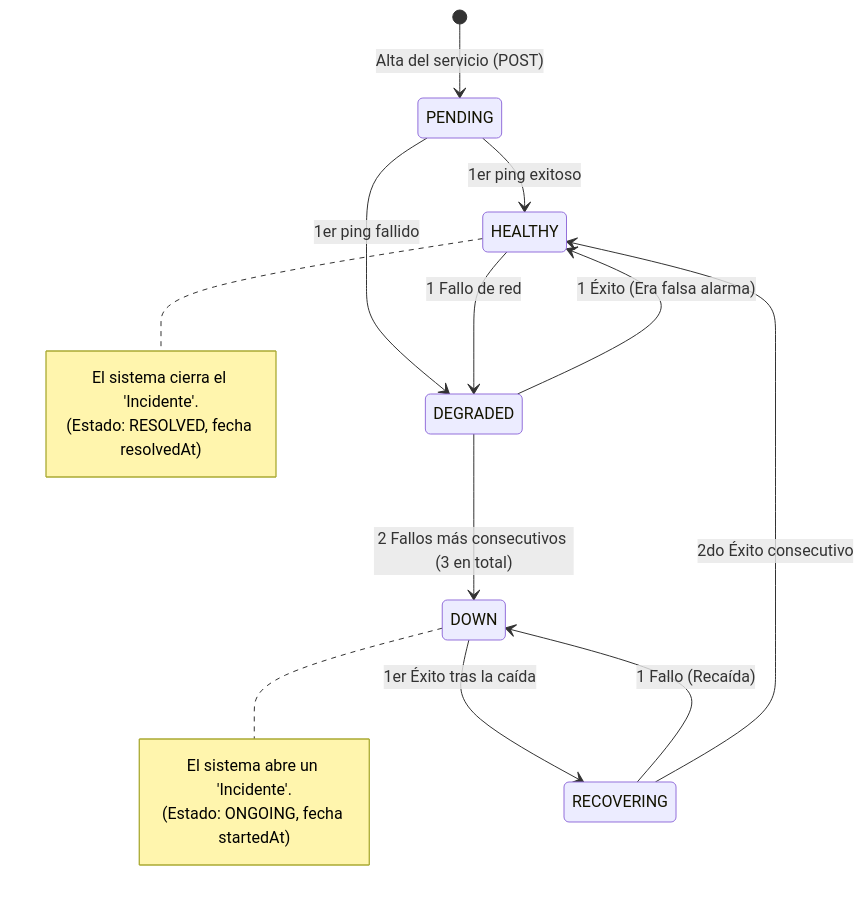
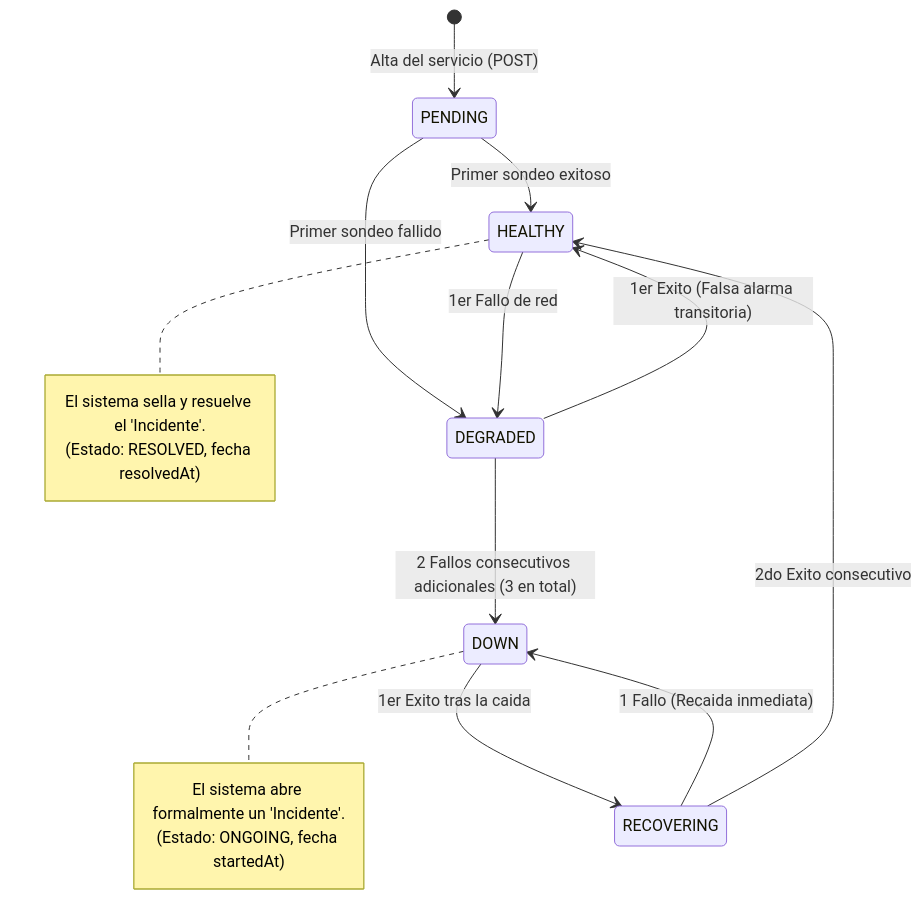
One commit to Marcosdaag/deploy-ops changed the second of 2 diagrams in docs/DOMAIN_AND_RULES.md. Above: the diagram before and after it, drawn with Mermaid. The commit also changed other lines of this file and 4 other files, not shown here.

````diff
--- a/docs/DOMAIN_AND_RULES.md
+++ b/docs/DOMAIN_AND_RULES.md
@@ -46,25 +70,25 @@
 ```mermaid
 stateDiagram-v2
     [*] --> PENDING : Alta del servicio (POST)
 
-    PENDING --> HEALTHY : 1er ping exitoso
-    PENDING --> DEGRADED : 1er ping fallido
+    PENDING --> HEALTHY : Primer sondeo exitoso
+    PENDING --> DEGRADED : Primer sondeo fallido
 
-    HEALTHY --> DEGRADED : 1 Fallo de red
-    DEGRADED --> HEALTHY : 1 Éxito (Era falsa alarma)
+    HEALTHY --> DEGRADED : 1er Fallo de red
+    DEGRADED --> HEALTHY : 1er Exito (Falsa alarma transitoria)
 
-    DEGRADED --> DOWN : 2 Fallos más consecutivos (3 en total)
+    DEGRADED --> DOWN : 2 Fallos consecutivos adicionales (3 en total)
     note right of DOWN
-      El sistema abre un 'Incidente'.
+      El sistema abre formalmente un 'Incidente'.
       (Estado: ONGOING, fecha startedAt)
     end note
 
-    DOWN --> RECOVERING : 1er Éxito tras la caída
-    RECOVERING --> DOWN : 1 Fallo (Recaída)
+    DOWN --> RECOVERING : 1er Exito tras la caida
+    RECOVERING --> DOWN : 1 Fallo (Recaida inmediata)
 
-    RECOVERING --> HEALTHY : 2do Éxito consecutivo
+    RECOVERING --> HEALTHY : 2do Exito consecutivo
     note right of HEALTHY
-      El sistema cierra el 'Incidente'.
+      El sistema sella y resuelve el 'Incidente'.
       (Estado: RESOLVED, fecha resolvedAt)
     end note
 ```
````
